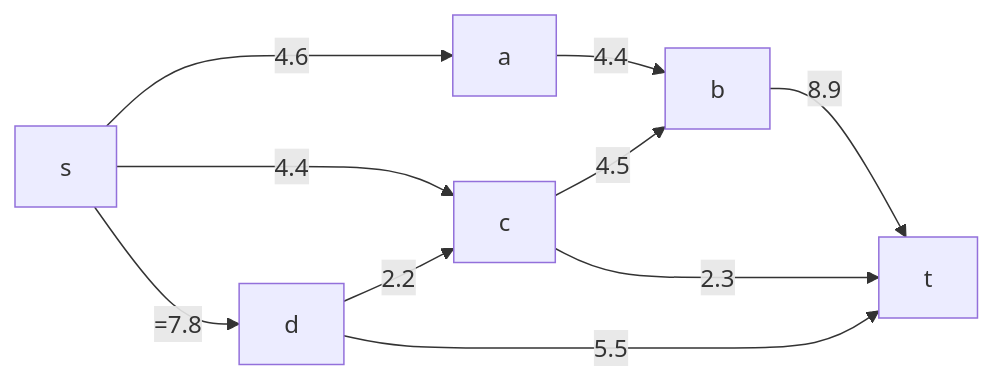
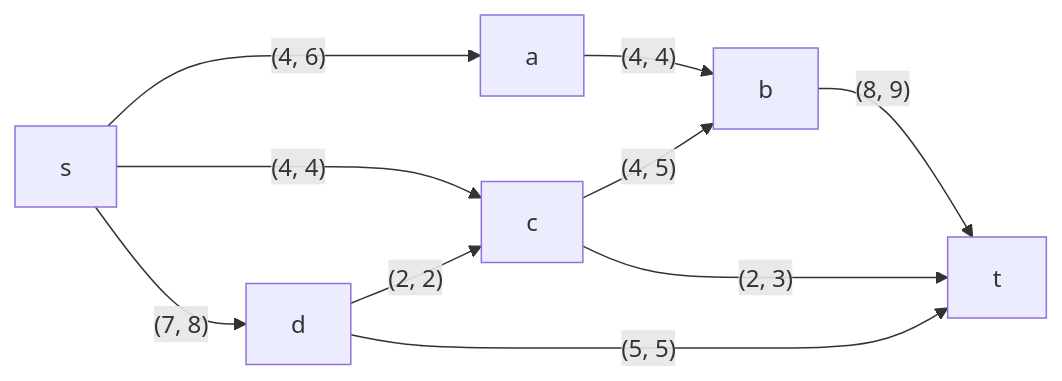
Before and after one commit to hse-algo-24-owl/manual-tasks-owl: the tenth of 11 diagrams in task-9/catsVSalgos_V2.md, drawn with Mermaid. The commit also changed other lines of this file, not shown here.

````diff
--- a/task-9/catsVSalgos_V2.md
+++ b/task-9/catsVSalgos_V2.md
@@ -138,12 +194,12 @@
 ```mermaid
 graph LR
-    s-->|4.6|a
-    s-->|4.4|c
-    s-->|=7.8|d
-    a-->|4.4|b
-    c-->|4.5|b
-    d-->|2.2|c
-    b-->|8.9|t
-    c-->|2.3|t
-    d-->|5.5|t
+    s-->|"(4, 6)"|a
+    s-->|"(4, 4)"|c
+    s-->|"(7, 8)"|d
+    a-->|"(4, 4)"|b
+    c-->|"(4, 5)"|b
+    d-->|"(2, 2)"|c
+    b-->|"(8, 9)"|t
+    c-->|"(2, 3)"|t
+    d-->|"(5, 5)"|t
 ```
````
